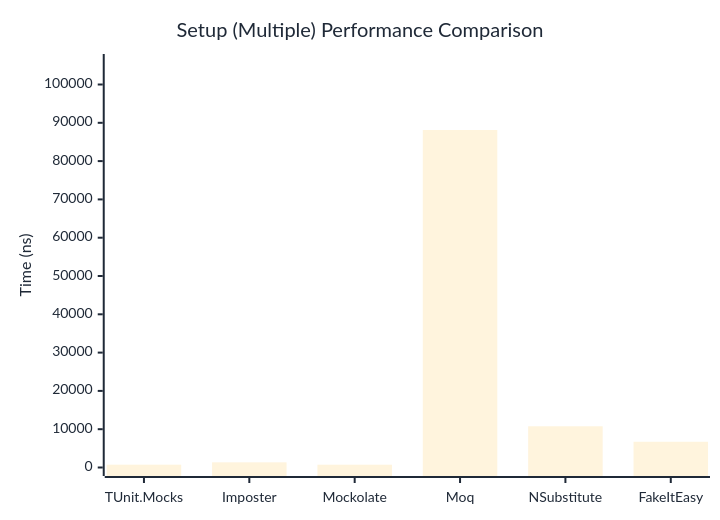
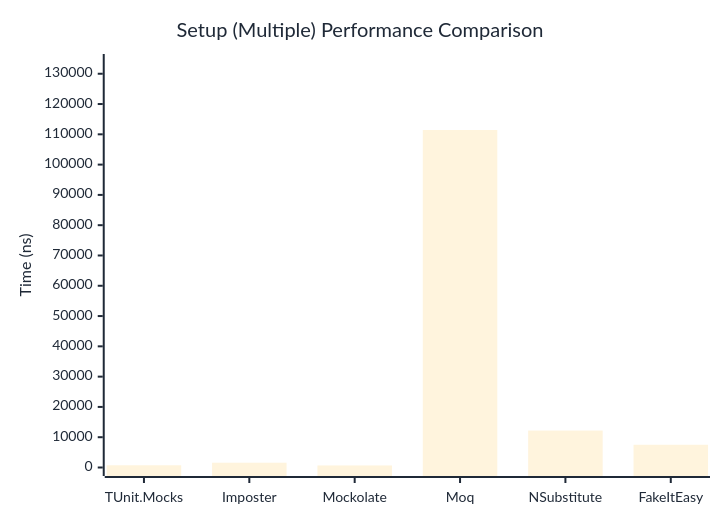
Before and after one commit to thomhurst/TUnit: the second of 2 diagrams in docs/docs/benchmarks/mocks/Setup.md, drawn with Mermaid. The commit also changed other lines of this file and 14 other files, not shown here.

````diff
--- a/docs/docs/benchmarks/mocks/Setup.md
+++ b/docs/docs/benchmarks/mocks/Setup.md
@@ -69,27 +69,27 @@
 ```mermaid
 %%{init: {
   'theme':'base',
   'themeVariables': {
     'primaryColor': '#2563eb',
     'primaryTextColor': '#1f2937',
     'primaryBorderColor': '#1e40af',
     'lineColor': '#6b7280',
     'secondaryColor': '#7c3aed',
     'tertiaryColor': '#dc2626',
     'background': '#ffffff',
     'pie1': '#2563eb',
     'pie2': '#7c3aed',
     'pie3': '#dc2626',
     'pie4': '#f59e0b',
     'pie5': '#10b981',
     'pie6': '#06b6d4',
     'pie7': '#ec4899',
     'pie8': '#6366f1'
   }
 }}%%
 xychart-beta
   title "Setup (Multiple) Performance Comparison"
   x-axis ["TUnit.Mocks", "Imposter", "Mockolate", "Moq", "NSubstitute", "FakeItEasy"]
-  y-axis "Time (ns)" 0 --> 105746
-  bar [737.1, 1349.9, 728.1, 88121.1, 10766.7, 6719.9]
+  y-axis "Time (ns)" 0 --> 133713
+  bar [738.8, 1583.2, 674.4, 111427.5, 12198.4, 7506.3]
 ```
````
